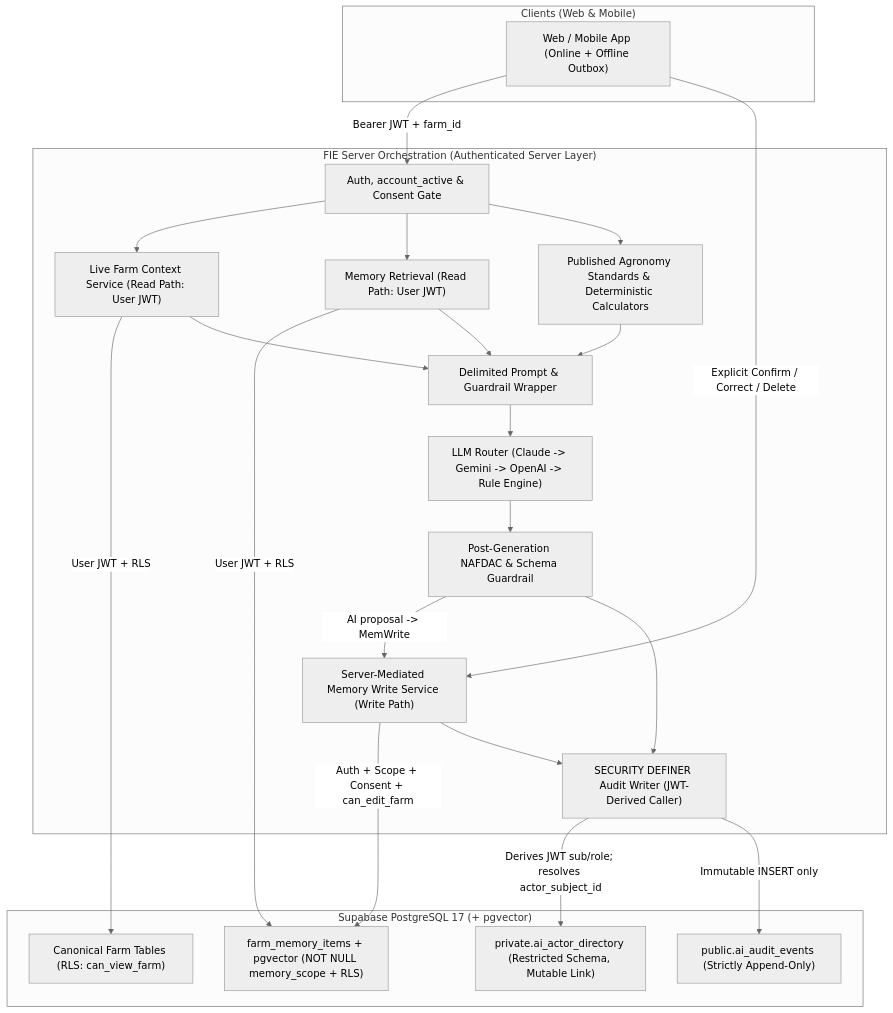
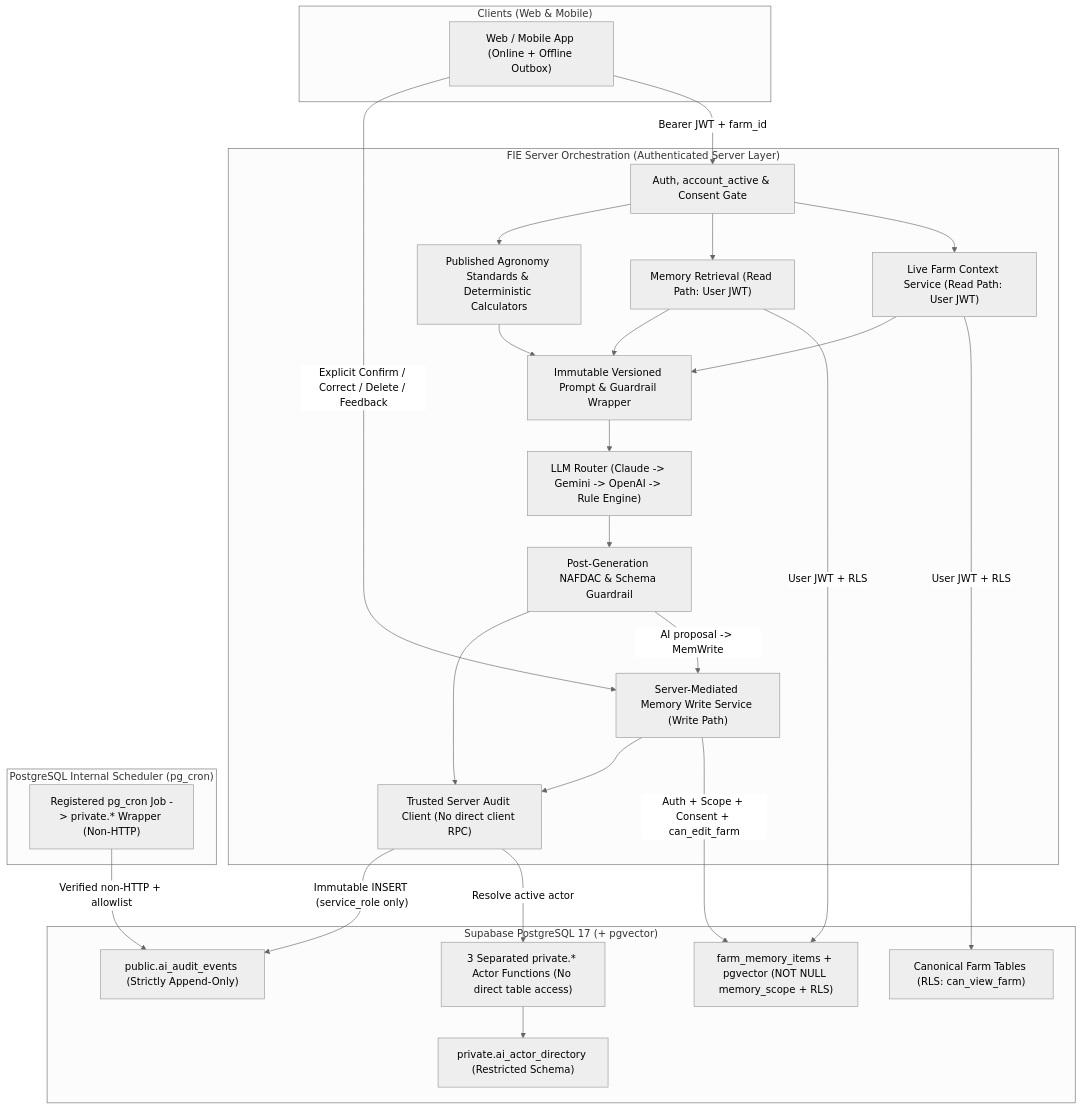
Before and after one commit to farmconnect-ux/cultivanode: the first of 4 diagrams in docs/architecture/batch-03/BATCH_03_0_TARGET_ARCHITECTURE.md, drawn with Mermaid (neutral theme). The commit also changed other lines of this file and 9 other files, not shown here.

Commit message:
docs(architecture): close final Batch 03.0 security review findings

````diff
--- a/docs/architecture/batch-03/BATCH_03_0_TARGET_ARCHITECTURE.md
+++ b/docs/architecture/batch-03/BATCH_03_0_TARGET_ARCHITECTURE.md
@@ -12,44 +12,51 @@
 ```mermaid
 flowchart TB
   subgraph Clients["Clients (Web & Mobile)"]
     UI["Web / Mobile App (Online + Offline Outbox)"]
   end
 
   subgraph EdgeOrch["FIE Server Orchestration (Authenticated Server Layer)"]
     AuthGate["Auth, account_active & Consent Gate"]
     CtxSvc["Live Farm Context Service (Read Path: User JWT)"]
     MemRead["Memory Retrieval (Read Path: User JWT)"]
     MemWrite["Server-Mediated Memory Write Service (Write Path)"]
     AgronRAG["Published Agronomy Standards & Deterministic Calculators"]
-    PromptAsm["Delimited Prompt & Guardrail Wrapper"]
+    PromptAsm["Immutable Versioned Prompt & Guardrail Wrapper"]
     LLMRouter["LLM Router (Claude -> Gemini -> OpenAI -> Rule Engine)"]
     SafetyChk["Post-Generation NAFDAC & Schema Guardrail"]
-    AuditWriter["SECURITY DEFINER Audit Writer (JWT-Derived Caller)"]
+    ServerAudit["Trusted Server Audit Client (No direct client RPC)"]
+  end
+
+  subgraph Scheduler["PostgreSQL Internal Scheduler (pg_cron)"]
+    CronJob["Registered pg_cron Job -> private.* Wrapper (Non-HTTP)"]
   end
 
   subgraph Supabase["Supabase PostgreSQL 17 (+ pgvector)"]
     FarmDB["Canonical Farm Tables (RLS: can_view_farm)"]
     MemDB["farm_memory_items + pgvector (NOT NULL memory_scope + RLS)"]
-    ActorDir["private.ai_actor_directory (Restricted Schema, Mutable Link)"]
+    ActorFns["3 Separated private.* Actor Functions (No direct table access)"]
+    ActorDir["private.ai_actor_directory (Restricted Schema)"]
     AuditDB["public.ai_audit_events (Strictly Append-Only)"]
   end
 
   UI -->|"Bearer JWT + farm_id"| AuthGate
   AuthGate --> CtxSvc
   AuthGate --> MemRead
   CtxSvc -->|"User JWT + RLS"| FarmDB
   MemRead -->|"User JWT + RLS"| MemDB
   AuthGate --> AgronRAG
   CtxSvc --> PromptAsm
   MemRead --> PromptAsm
   AgronRAG --> PromptAsm
   PromptAsm --> LLMRouter
   LLMRouter --> SafetyChk
   SafetyChk -->|"AI proposal -> MemWrite"| MemWrite
-  UI -->|"Explicit Confirm / Correct / Delete"| MemWrite
+  UI -->|"Explicit Confirm / Correct / Delete / Feedback"| MemWrite
   MemWrite -->|"Auth + Scope + Consent + can_edit_farm"| MemDB
-  SafetyChk --> AuditWriter
-  MemWrite --> AuditWriter
-  AuditWriter -->|"Derives JWT sub/role; resolves actor_subject_id"| ActorDir
-  AuditWriter -->|"Immutable INSERT only"| AuditDB
+  SafetyChk --> ServerAudit
+  MemWrite --> ServerAudit
+  ServerAudit -->|"Resolve active actor"| ActorFns
+  ActorFns --> ActorDir
+  ServerAudit -->|"Immutable INSERT (service_role only)"| AuditDB
+  CronJob -->|"Verified non-HTTP + allowlist"| AuditDB
 ```
````
